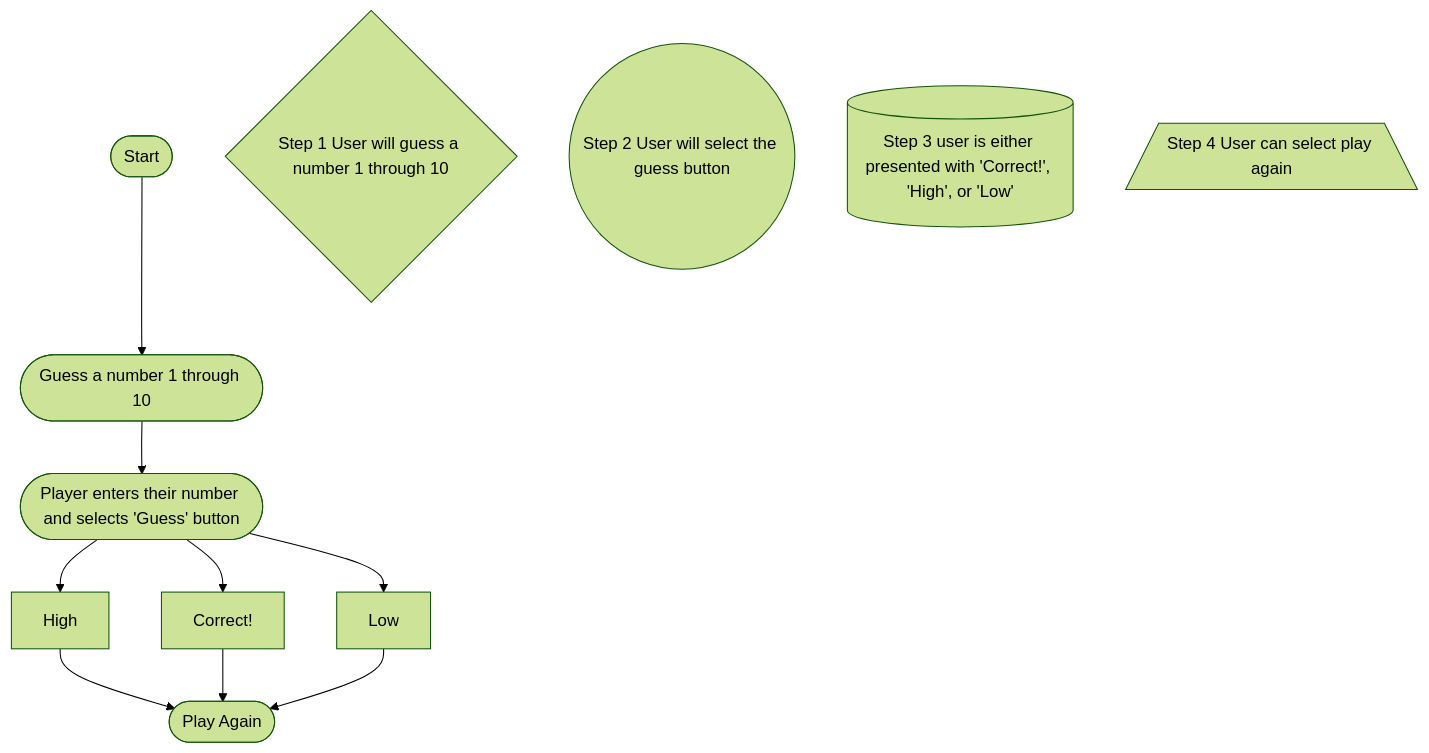
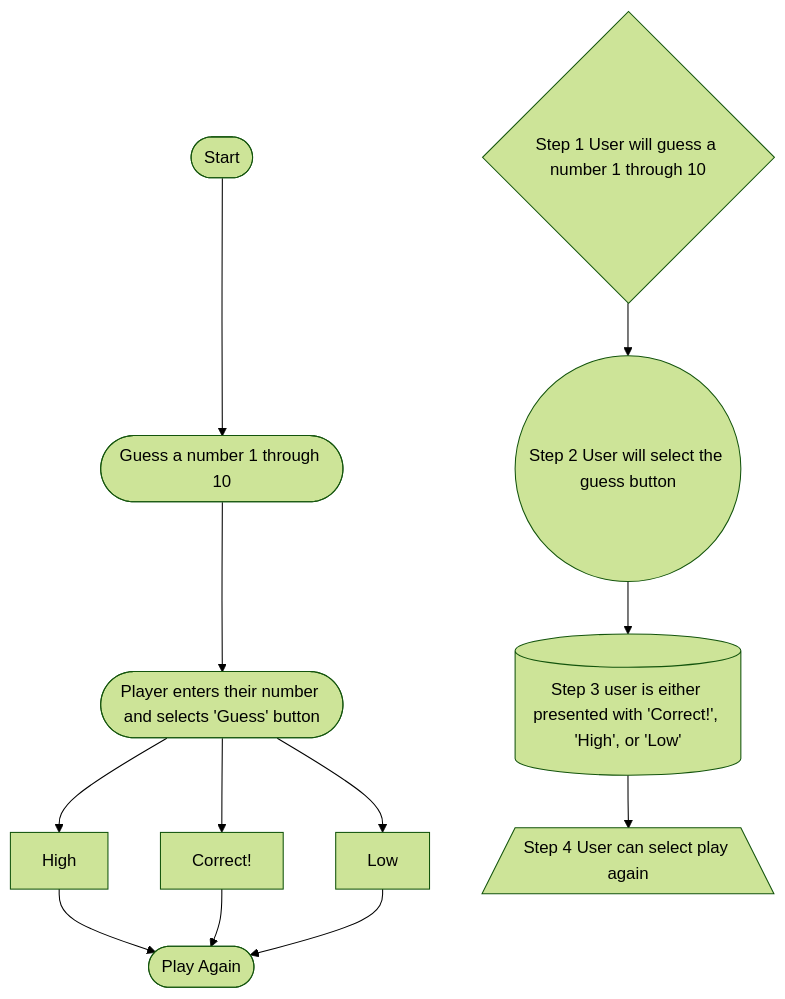
One commit to slaucks/slaucks.github.io changed the diagram in Guessing.md. Above: the diagram before and after it, drawn with Mermaid (forest theme).

````diff
--- a/Guessing.md
+++ b/Guessing.md
@@ -1,14 +1,11 @@
 ```mermaid
 flowchart TD
  Start([Start]) --> id1([Guess a number 1 through 10]) --> id2([Player enters their number and selects 'Guess' button])
 id2 --> High --> id3([Play Again])
 id2 --> Correct! --> id3([Play Again])
 id2 --> Low --> id3([Play Again])
 
 Start([Start])
-id4{Step 1 User will guess a number 1 through 10}
-id5((Step 2 User will select the guess button))
-id6[(Step 3 user is either presented with 'Correct!', 'High', or 'Low')]
-id7[/Step 4 User can select play again\]
+id4{Step 1 User will guess a number 1 through 10} --> id5((Step 2 User will select the guess button)) --> id6[(Step 3 user is either presented with 'Correct!', 'High', or 'Low')] --> id7[/Step 4 User can select play again\]
 
 ```
````
